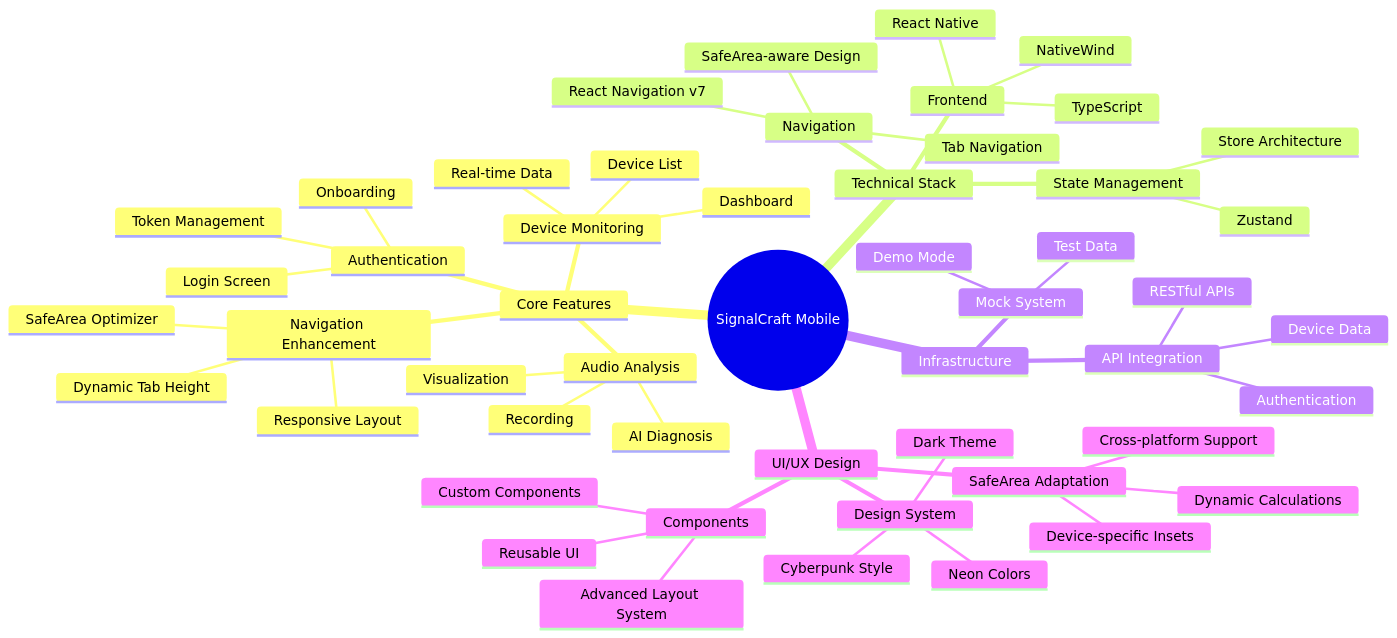
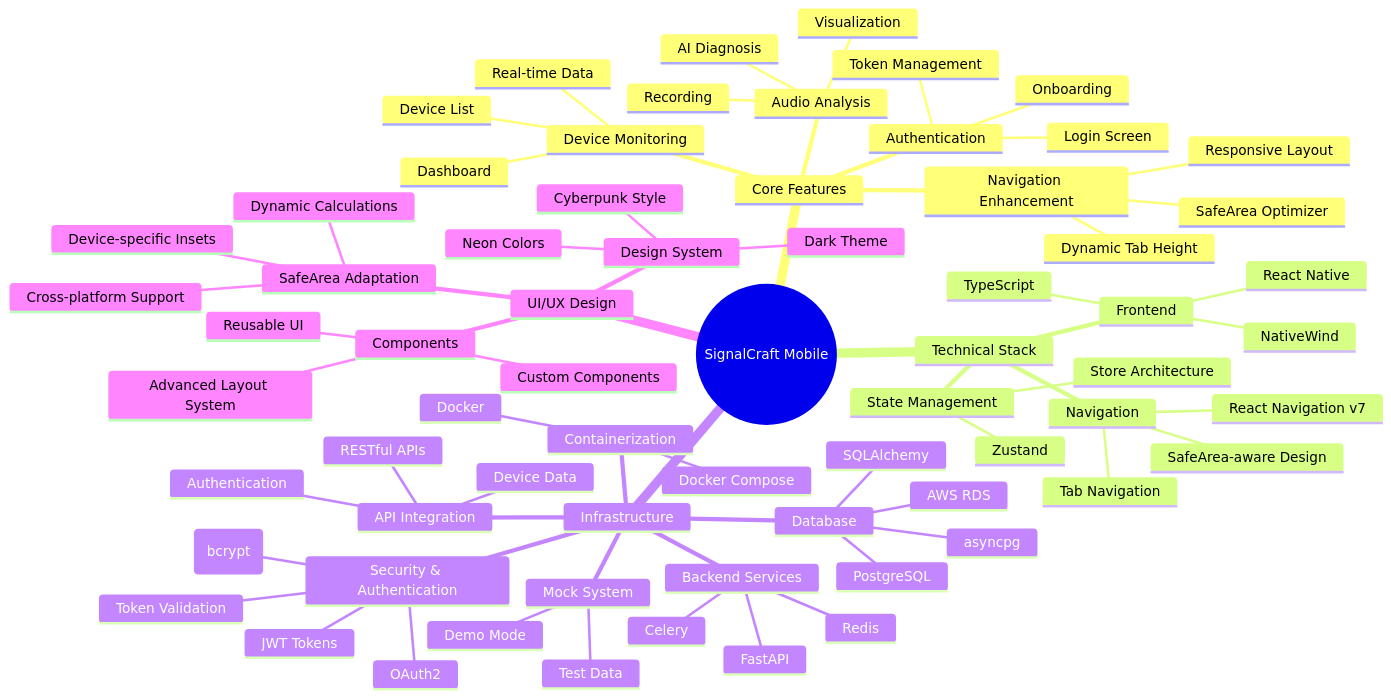
Diagram 14 of 15 in docs/architecture.md (kimjuyoung1127/signalcraftapp), drawn with Mermaid before and after one commit. The commit also changed other lines of this file and 23 other files, not shown here.

````diff
--- a/docs/architecture.md
+++ b/docs/architecture.md
@@ -352,54 +453,71 @@
 ```mermaid
 mindmap
   root((SignalCraft Mobile))
     Core Features
       Authentication
         Login Screen
         Onboarding
         Token Management
       Device Monitoring
         Dashboard
         Device List
         Real-time Data
       Audio Analysis
         Recording
         Visualization
         AI Diagnosis
       Navigation Enhancement
         SafeArea Optimizer
         Dynamic Tab Height
         Responsive Layout
     Technical Stack
       Frontend
         React Native
         TypeScript
         NativeWind
       State Management
         Zustand
         Store Architecture
       Navigation
         React Navigation v7
-        Tab Navigation  
+        Tab Navigation
         SafeArea-aware Design
     Infrastructure
+      Containerization
+        Docker
+        Docker Compose
+      Backend Services
+        FastAPI
+        Celery
+        Redis
+      Database
+        PostgreSQL
+        AWS RDS
+        SQLAlchemy
+        asyncpg
+      Security & Authentication
+        JWT Tokens
+        Password Hashing (bcrypt)
+        OAuth2
+        Token Validation
       API Integration
         RESTful APIs
         Authentication
         Device Data
       Mock System
         Demo Mode
         Test Data
     UI/UX Design
       Design System
         Dark Theme
         Neon Colors
         Cyberpunk Style
       SafeArea Adaptation
         Device-specific Insets
         Dynamic Calculations
         Cross-platform Support
       Components
         Reusable UI
         Custom Components
         Advanced Layout System
 ```
````
